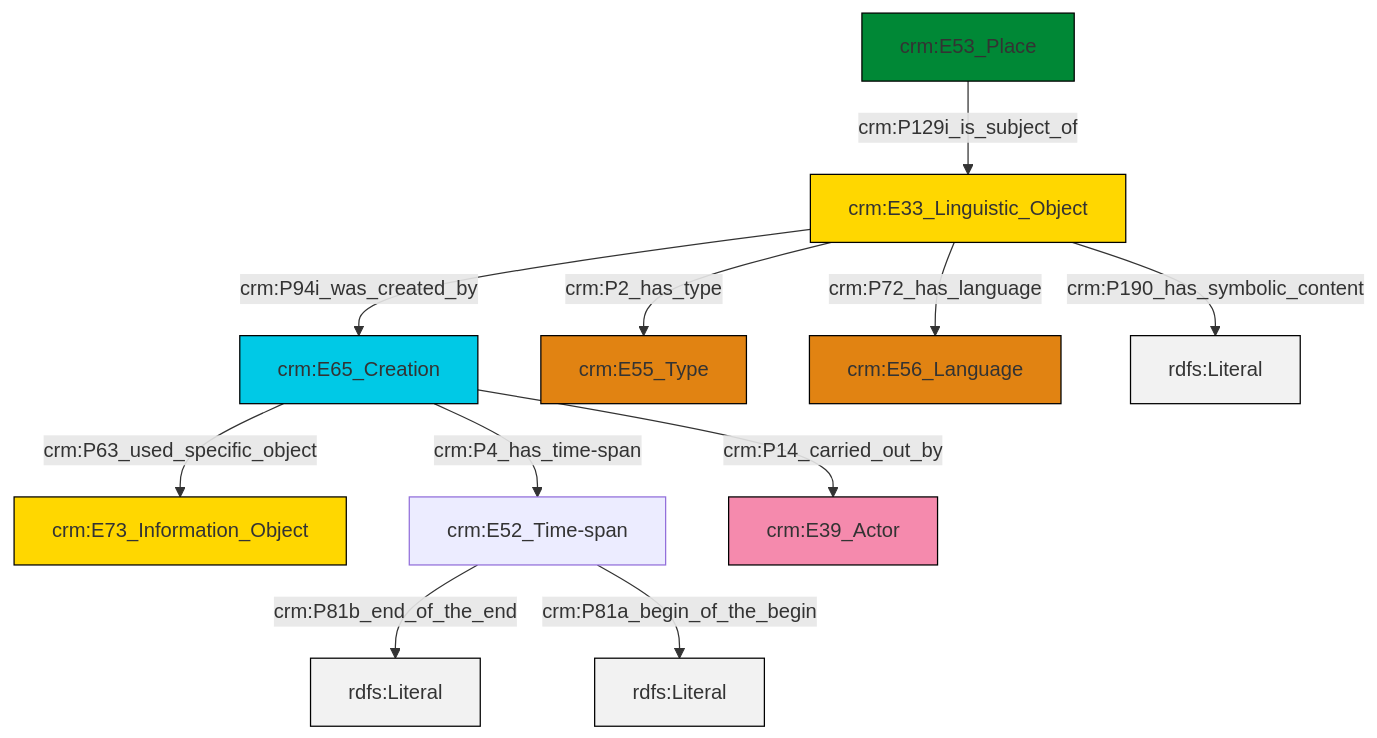
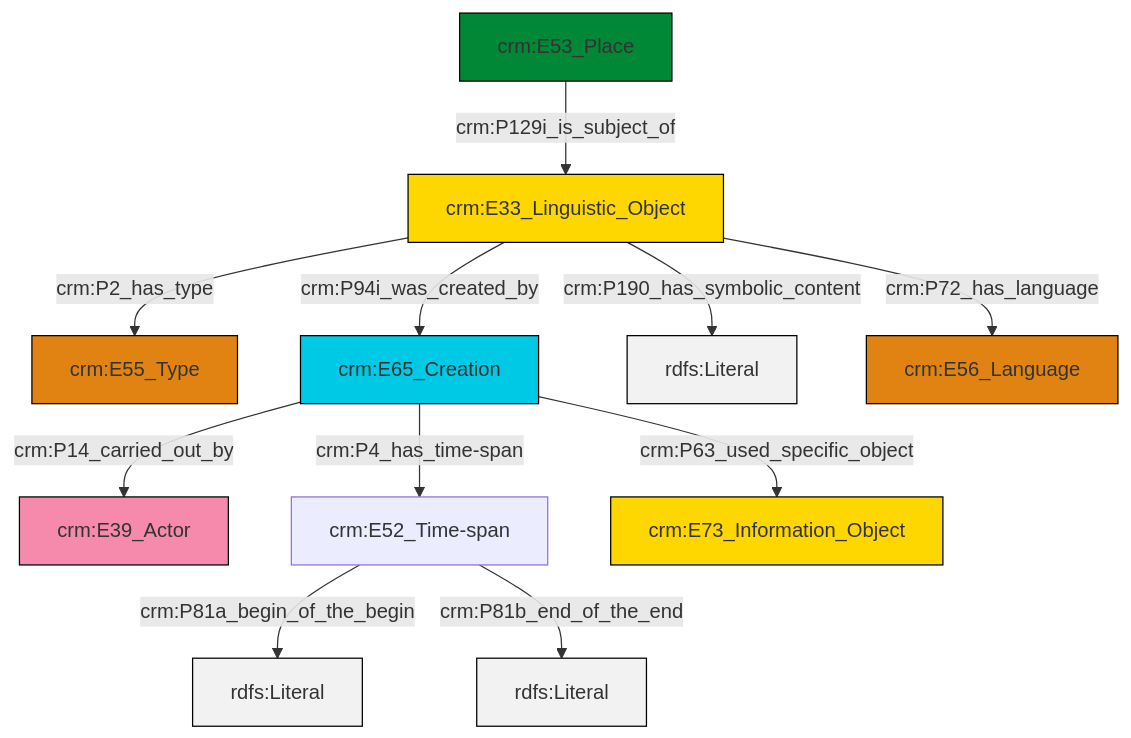
The diagram in et/placeCSV/ttl/mmd/place_description.ttl.mmd (swiss-art-research-net/reference-data-models), drawn with Mermaid before and after one commit. The commit also changed 125 other files, not shown here.

```diff
--- a/et/placeCSV/ttl/mmd/place_description.ttl.mmd
+++ b/et/placeCSV/ttl/mmd/place_description.ttl.mmd
@@ -1,25 +1,25 @@
 graph TD
 classDef Literal fill:#f2f2f2,stroke:#000000;
 classDef CRM_Entity fill:#FFFFFF,stroke:#000000;
 classDef Temporal_Entity fill:#00C9E6, stroke:#000000;
 classDef Type fill:#E18312, stroke:#000000;
 classDef Time-Span fill:#2C9C91, stroke:#000000;
 classDef Appellation fill:#FFEB7F, stroke:#000000;
 classDef Place fill:#008836, stroke:#000000;
 classDef Persistent_Item fill:#B266B2, stroke:#000000;
 classDef Conceptual_Object fill:#FFD700, stroke:#000000;
 classDef Physical_Thing fill:#D2B48C, stroke:#000000;
 classDef Actor fill:#f58aad, stroke:#000000;
 classDef PC_Classes fill:#4ce600, stroke:#000000;
 classDef Multi fill:#cccccc,stroke:#000000;
 
-2["crm:E53_Place"]:::Place -->|crm:P129i_is_subject_of| 0["crm:E33_Linguistic_Object"]:::Conceptual_Object
-6["crm:E65_Creation"]:::Temporal_Entity -->|crm:P63_used_specific_object| 4["crm:E73_Information_Object"]:::Conceptual_Object
-0["crm:E33_Linguistic_Object"]:::Conceptual_Object -->|crm:P2_has_type| 7["crm:E55_Type"]:::Type
-6["crm:E65_Creation"]:::Temporal_Entity -->|crm:P4_has_time-span| 8["crm:E52_Time-span"]:::Default
-8["crm:E52_Time-span"]:::Default -->|crm:P81b_end_of_the_end| 11[rdfs:Literal]:::Literal
-0["crm:E33_Linguistic_Object"]:::Conceptual_Object -->|crm:P72_has_language| 9["crm:E56_Language"]:::Type
-8["crm:E52_Time-span"]:::Default -->|crm:P81a_begin_of_the_begin| 12[rdfs:Literal]:::Literal
-0["crm:E33_Linguistic_Object"]:::Conceptual_Object -->|crm:P190_has_symbolic_content| 15[rdfs:Literal]:::Literal
-6["crm:E65_Creation"]:::Temporal_Entity -->|crm:P14_carried_out_by| 13["crm:E39_Actor"]:::Actor
-0["crm:E33_Linguistic_Object"]:::Conceptual_Object -->|crm:P94i_was_created_by| 6["crm:E65_Creation"]:::Temporal_Entity
+0["crm:E33_Linguistic_Object"]:::Conceptual_Object -->|crm:P2_has_type| 1["crm:E55_Type"]:::Type
+0["crm:E33_Linguistic_Object"]:::Conceptual_Object -->|crm:P94i_was_created_by| 2["crm:E65_Creation"]:::Temporal_Entity
+6["crm:E52_Time-span"]:::Default -->|crm:P81a_begin_of_the_begin| 7[rdfs:Literal]:::Literal
+2["crm:E65_Creation"]:::Temporal_Entity -->|crm:P4_has_time-span| 6["crm:E52_Time-span"]:::Default
+2["crm:E65_Creation"]:::Temporal_Entity -->|crm:P63_used_specific_object| 8["crm:E73_Information_Object"]:::Conceptual_Object
+0["crm:E33_Linguistic_Object"]:::Conceptual_Object -->|crm:P190_has_symbolic_content| 12[rdfs:Literal]:::Literal
+13["crm:E53_Place"]:::Place -->|crm:P129i_is_subject_of| 0["crm:E33_Linguistic_Object"]:::Conceptual_Object
+0["crm:E33_Linguistic_Object"]:::Conceptual_Object -->|crm:P72_has_language| 14["crm:E56_Language"]:::Type
+2["crm:E65_Creation"]:::Temporal_Entity -->|crm:P14_carried_out_by| 4["crm:E39_Actor"]:::Actor
+6["crm:E52_Time-span"]:::Default -->|crm:P81b_end_of_the_end| 15[rdfs:Literal]:::Literal
```
